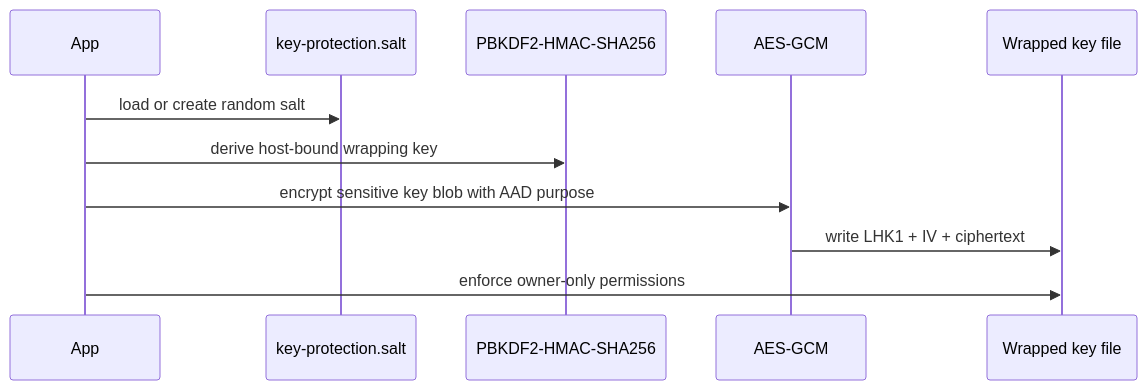
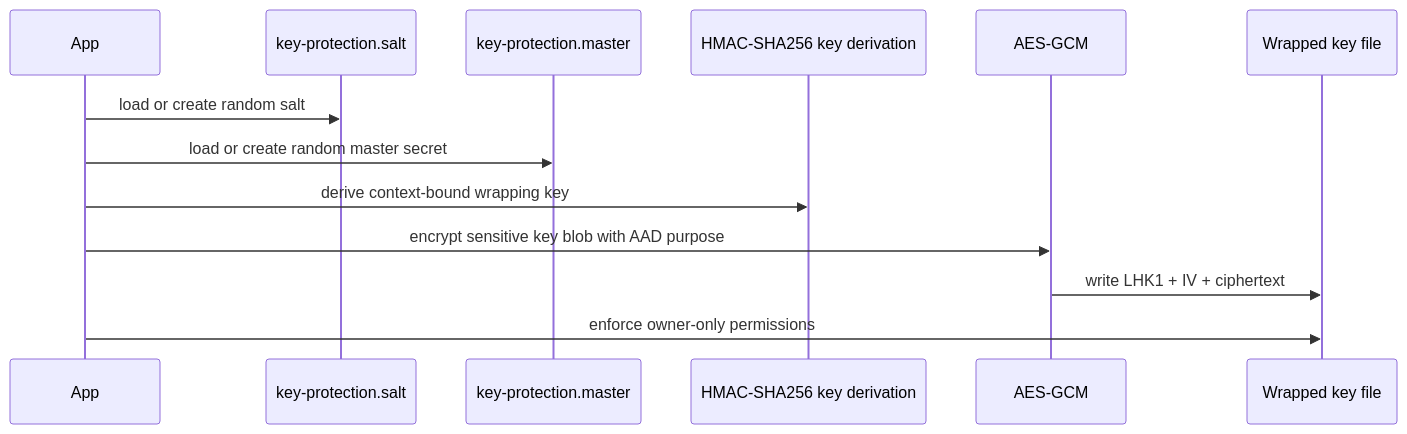
Before and after one commit to johandersson/.LOG-hog: the second of 2 diagrams in src/encryption.md, drawn with Mermaid. The commit also changed other lines of this file, not shown here.

````diff
--- a/src/encryption.md
+++ b/src/encryption.md
@@ -142,14 +143,16 @@
 ```mermaid
 sequenceDiagram
     participant App as App
     participant Salt as key-protection.salt
-    participant KDF as PBKDF2-HMAC-SHA256
+    participant Master as key-protection.master
+    participant KDF as HMAC-SHA256 key derivation
     participant AES as AES-GCM
     participant File as Wrapped key file
 
     App->>Salt: load or create random salt
-    App->>KDF: derive host-bound wrapping key
+    App->>Master: load or create random master secret
+    App->>KDF: derive context-bound wrapping key
     App->>AES: encrypt sensitive key blob with AAD purpose
     AES->>File: write LHK1 + IV + ciphertext
     App->>File: enforce owner-only permissions
 ```
````
